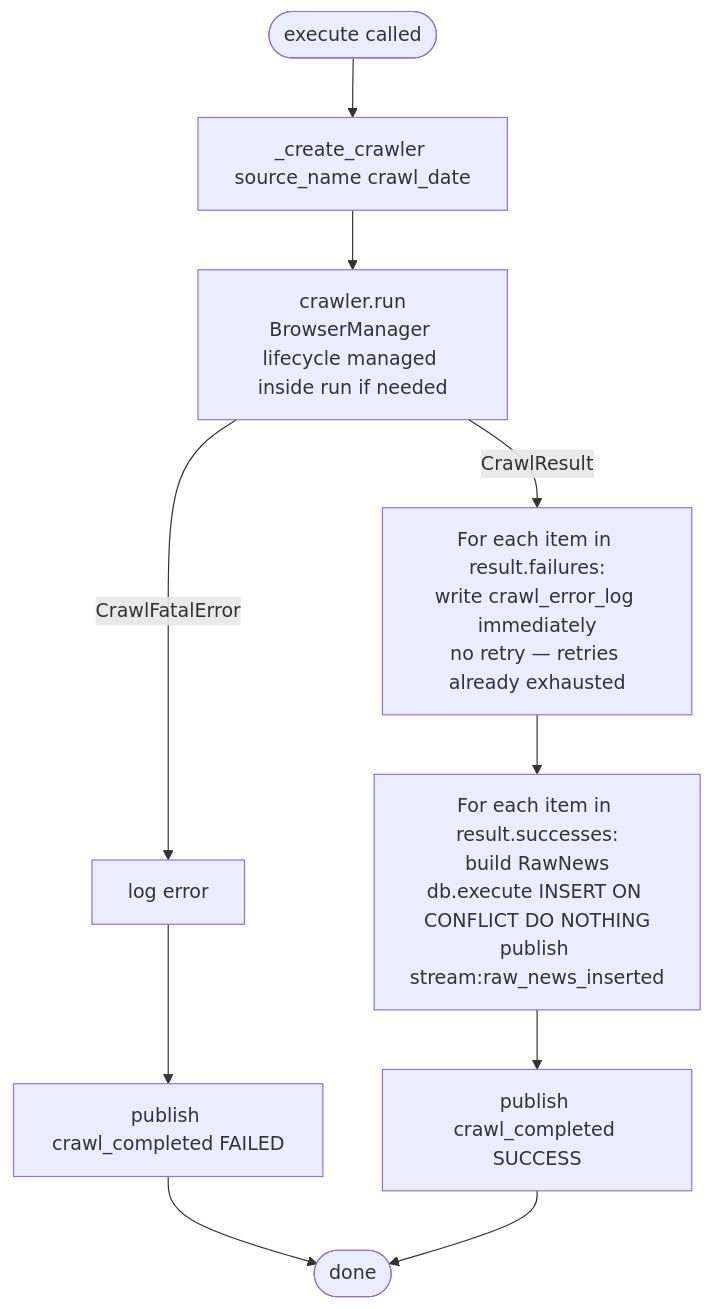
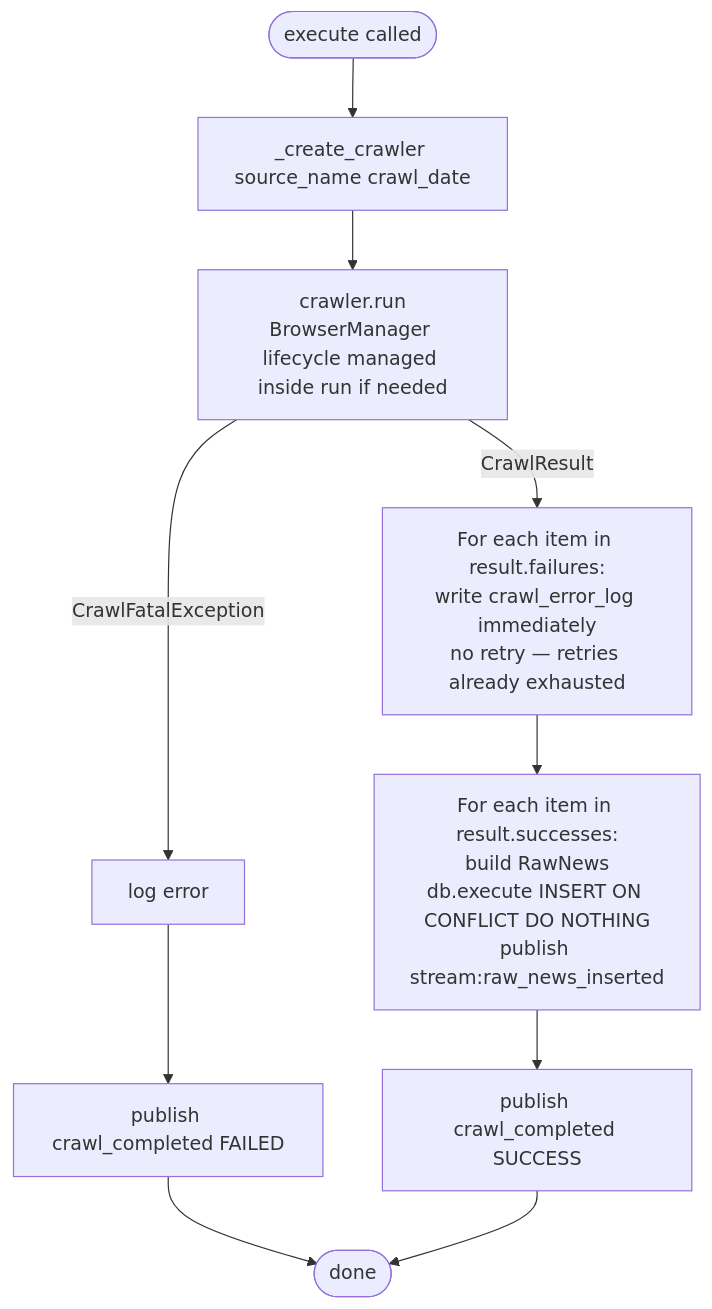
The third of 11 diagrams in stock-assistant-data-ingestion/docs/implementation.md (mars-xiaoyi/wealthfinder), drawn with Mermaid before and after one commit. The commit also changed other lines of this file and 30 other files, not shown here.

````diff
--- a/stock-assistant-data-ingestion/docs/implementation.md
+++ b/stock-assistant-data-ingestion/docs/implementation.md
@@ -916,12 +916,12 @@
 ```mermaid
 flowchart TD
     A([execute called]) --> B[_create_crawler source_name crawl_date]
     B --> C[crawler.run\nBrowserManager lifecycle managed inside run if needed]
-    C -->|CrawlFatalError| D[log error]
+    C -->|CrawlFatalException| D[log error]
     D --> E[publish crawl_completed FAILED]
     C -->|CrawlResult| F[For each item in result.failures:\nwrite crawl_error_log immediately\nno retry — retries already exhausted]
     F --> G[For each item in result.successes:\nbuild RawNews\ndb.execute INSERT ON CONFLICT DO NOTHING\npublish stream:raw_news_inserted]
     G --> H[publish crawl_completed SUCCESS]
     E --> I([done])
     H --> I
 ```
````
